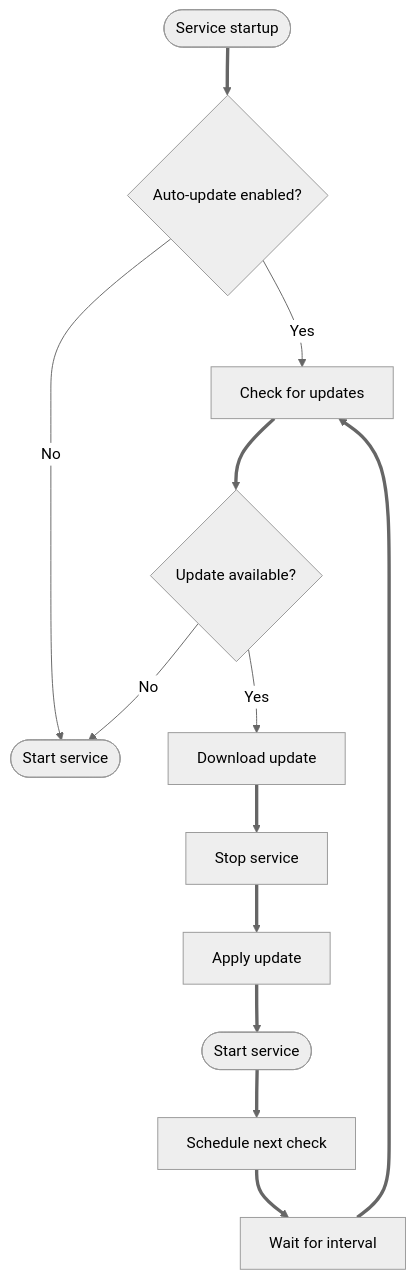
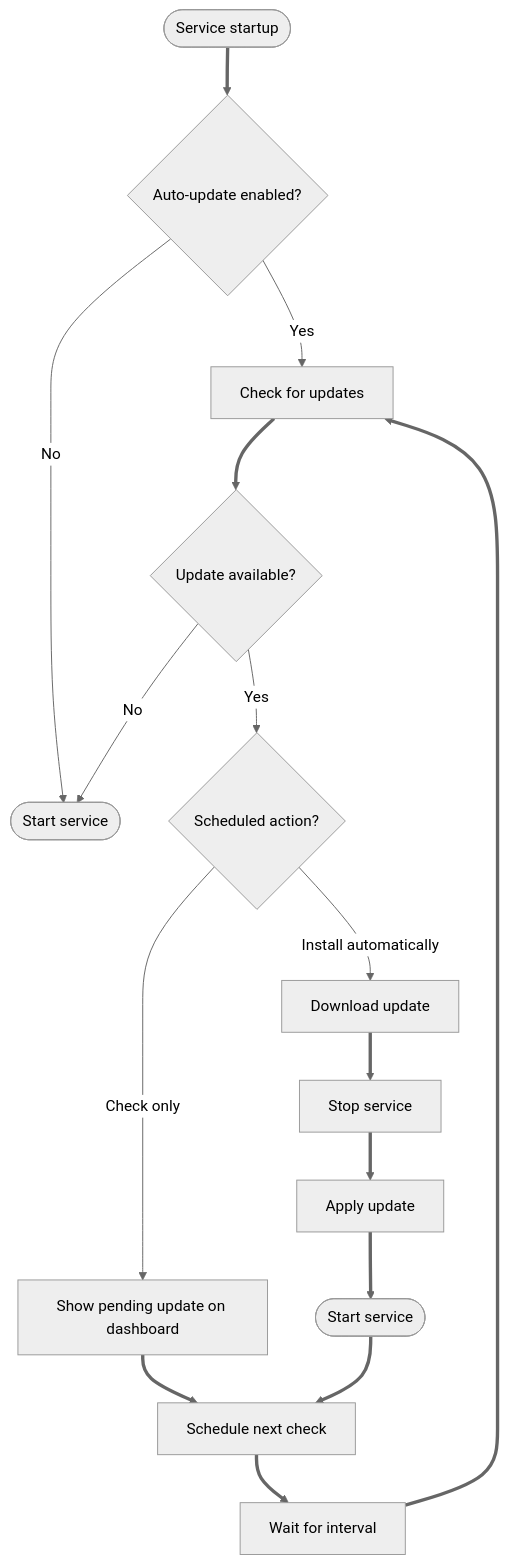
One commit to I-am-PUID-0/DUMB_docs changed the diagram in docs/features/auto-update.md. Above: the diagram before and after it, drawn with Mermaid (neutral theme). The commit also changed other lines of this file and 3 other files, not shown here.

First line of the commit message:
docs(updates): document scheduled check-only workflow

````diff
--- a/docs/features/auto-update.md
+++ b/docs/features/auto-update.md
@@ -29,28 +29,33 @@
 ```mermaid
 %%{ init: { "flowchart": { "curve": "basis" } } }%%
 flowchart TD
     A([Service startup])
     B{Auto-update enabled?}
     C[Check for updates]
     D([Start service])
     E{Update available?}
-    F[Download update]
+    F{Scheduled action?}
+    L[Show pending update on dashboard]
+    M[Download update]
     G[Stop service]
     H[Apply update]
     I([Start service])
     J[Schedule next check]
     K[Wait for interval]
 
     A ==> B
     B -- No --> D
     B -- Yes --> C
     C ==> E
     E -- No --> D
     E -- Yes --> F
-    F ==> G
+    F -- Check only --> L
+    L ==> J
+    F -- Install automatically --> M
+    M ==> G
     G ==> H
     H ==> I
     I ==> J
     J ==> K
     K ==> C
 ```
````
